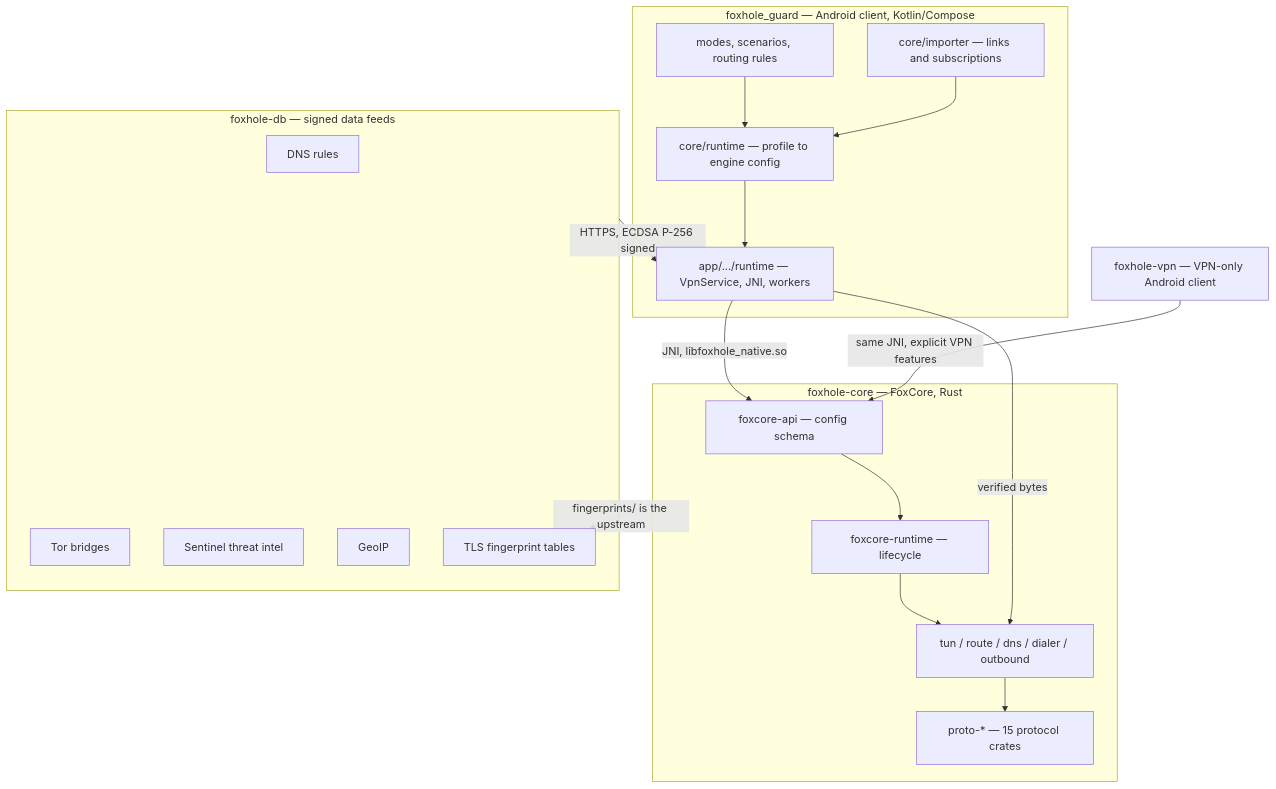
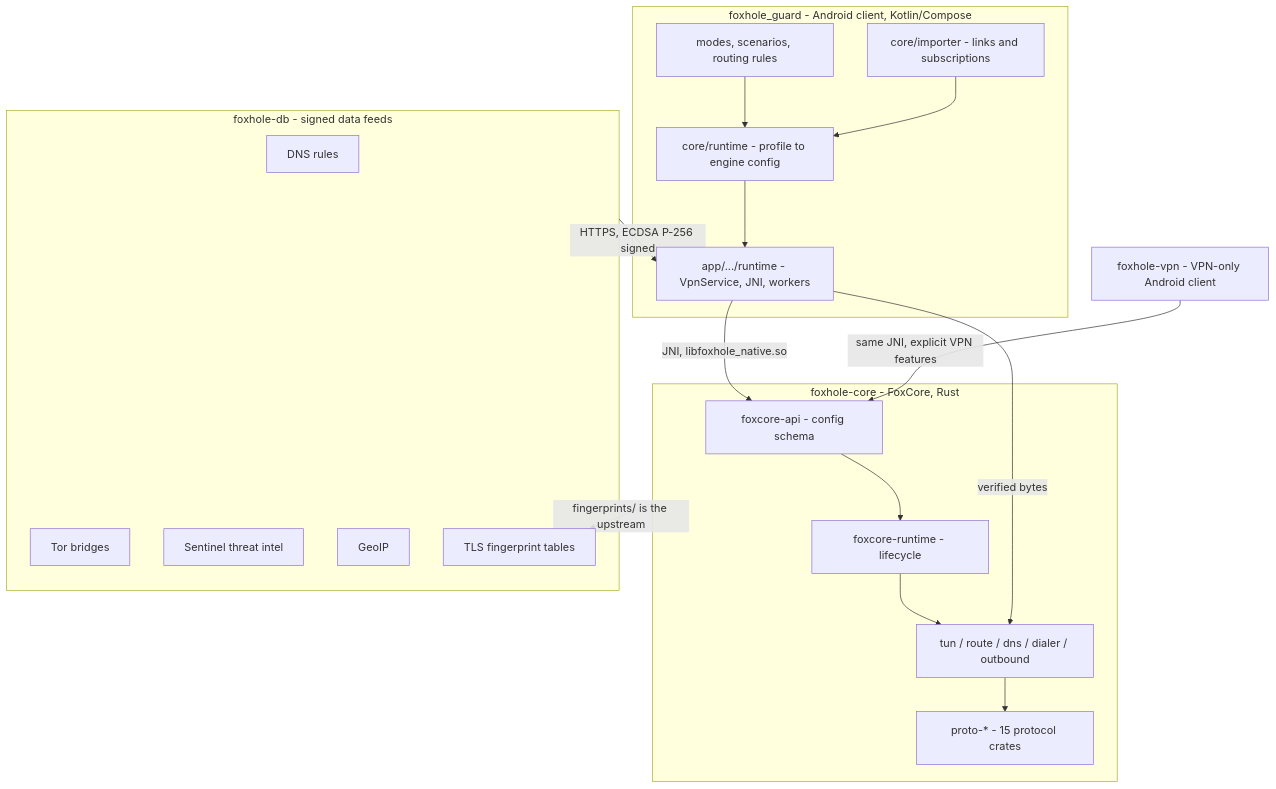
One commit to foxhole-team/foxhole-core changed the first of 2 diagrams in docs/architecture/README.md. Above: the diagram before and after it, drawn with Mermaid. The commit also changed other lines of this file and 51 other files, not shown here.

First line of the commit message:
Release FoxHole Core 1.0.2

````diff
--- a/docs/architecture/README.md
+++ b/docs/architecture/README.md
@@ -7,36 +7,36 @@
 ```mermaid
 flowchart TD
-    subgraph guard["foxhole_guard — Android client, Kotlin/Compose"]
+    subgraph guard["foxhole_guard - Android client, Kotlin/Compose"]
         UI["modes, scenarios, routing rules"]
-        IMP["core/importer — links and subscriptions"]
-        RT["core/runtime — profile to engine config"]
-        SVC["app/.../runtime — VpnService, JNI, workers"]
+        IMP["core/importer - links and subscriptions"]
+        RT["core/runtime - profile to engine config"]
+        SVC["app/.../runtime - VpnService, JNI, workers"]
     end
 
-    subgraph core["foxhole-core — FoxCore, Rust"]
-        API["foxcore-api — config schema"]
-        RUN["foxcore-runtime — lifecycle"]
+    subgraph core["foxhole-core - FoxCore, Rust"]
+        API["foxcore-api - config schema"]
+        RUN["foxcore-runtime - lifecycle"]
         DP["tun / route / dns / dialer / outbound"]
-        PROTO["proto-* — 15 protocol crates"]
+        PROTO["proto-* - 15 protocol crates"]
     end
 
-    LITE["foxhole-vpn — VPN-only Android client"]
+    LITE["foxhole-vpn - VPN-only Android client"]
 
-    subgraph db["foxhole-db — signed data feeds"]
+    subgraph db["foxhole-db - signed data feeds"]
         F1["DNS rules"]
         F2["Tor bridges"]
         F3["Sentinel threat intel"]
         F4["GeoIP"]
         F5["TLS fingerprint tables"]
     end
 
     UI --> RT
     IMP --> RT
     RT --> SVC
     SVC -->|"JNI, libfoxhole_native.so"| API
     LITE -->|"same JNI, explicit VPN features"| API
     API --> RUN --> DP --> PROTO
     db -->|"HTTPS, ECDSA P-256 signed"| SVC
     SVC -->|"verified bytes"| DP
     core -.->|"fingerprints/ is the upstream"| F5
 ```
````
